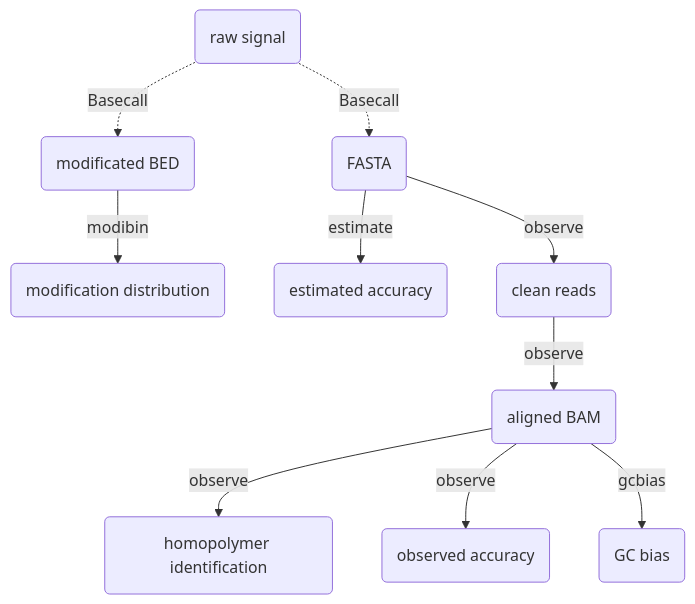
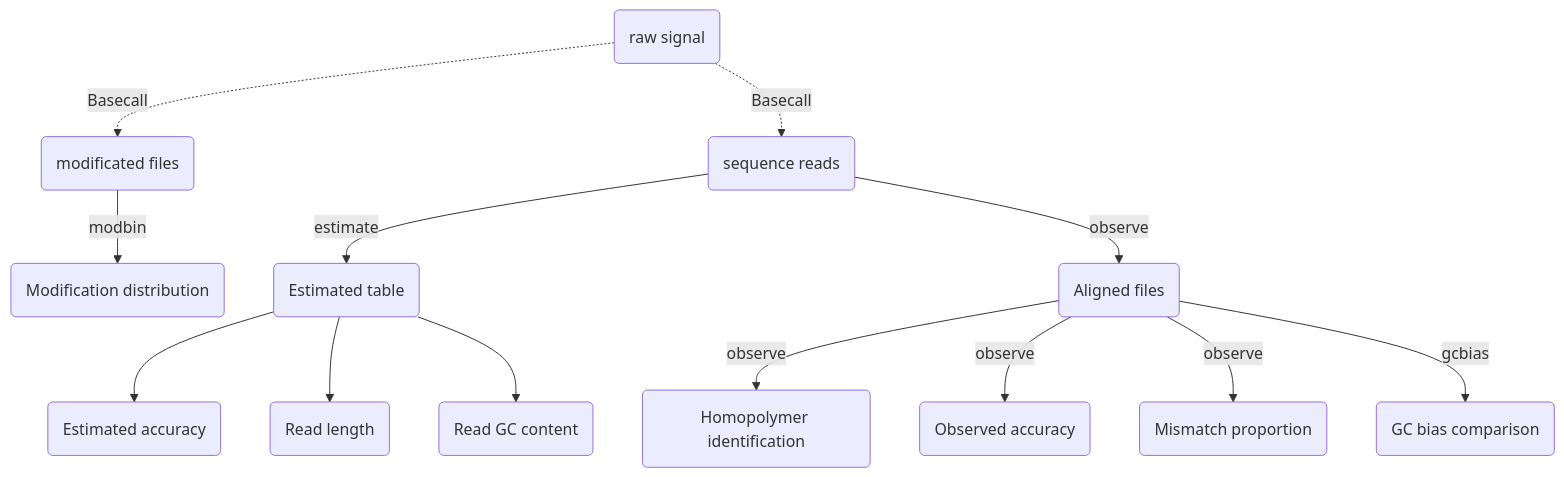
The diagram in README.md (lxd98/Giraffe_View), drawn with Mermaid before and after one commit. The commit also changed other lines of this file, not shown here.

````diff
--- a/README.md
+++ b/README.md
@@ -254,13 +331,17 @@
 ```mermaid
 graph TD
 	A(raw signal) -.-> |Basecall| B(FASTA)
-	A(raw signal) -.-> |Basecall| C(modificated BED)
-	C(modificated BED) --> |modibin| D(modification distribution)
-	B(FASTA) --> |estimate|e(estimated accuracy)
-	B(FASTA) --> |observe| f(clean reads)
-	f(clean reads) --> |observe| g(aligned BAM)
+	A(raw signal) -.-> |Basecall| C(modificated file)
+	C(modificated files) --> |modbin| D(Modification distribution)
+	B(sequence reads) --> |estimate|e(Estimated table)
+	e(Estimated table) --> f(Estimated accuracy)
+	e(Estimated table) --> l(Read length)
+	e(Estimated table) --> x(Read GC content)
 	
-	g(aligned BAM) --> |observe|h(homopolymer identification)
- 	g(aligned BAM) --> |observe|i(observed accuracy)
-	g(aligned BAM) --> |gcbias|j(GC bias) 
+	B(sequence reads) --> |observe|g(Aligned files)
+	
+	g(Aligned files) --> |observe|h(Homopolymer identification)
+ 	g(Aligned files) --> |observe|i(Observed accuracy)
+ 	g(Aligned files) --> |observe|c(Mismatch proportion)
+	g(Aligned files) --> |gcbias|j(GC bias comparison) 
 ```
````
